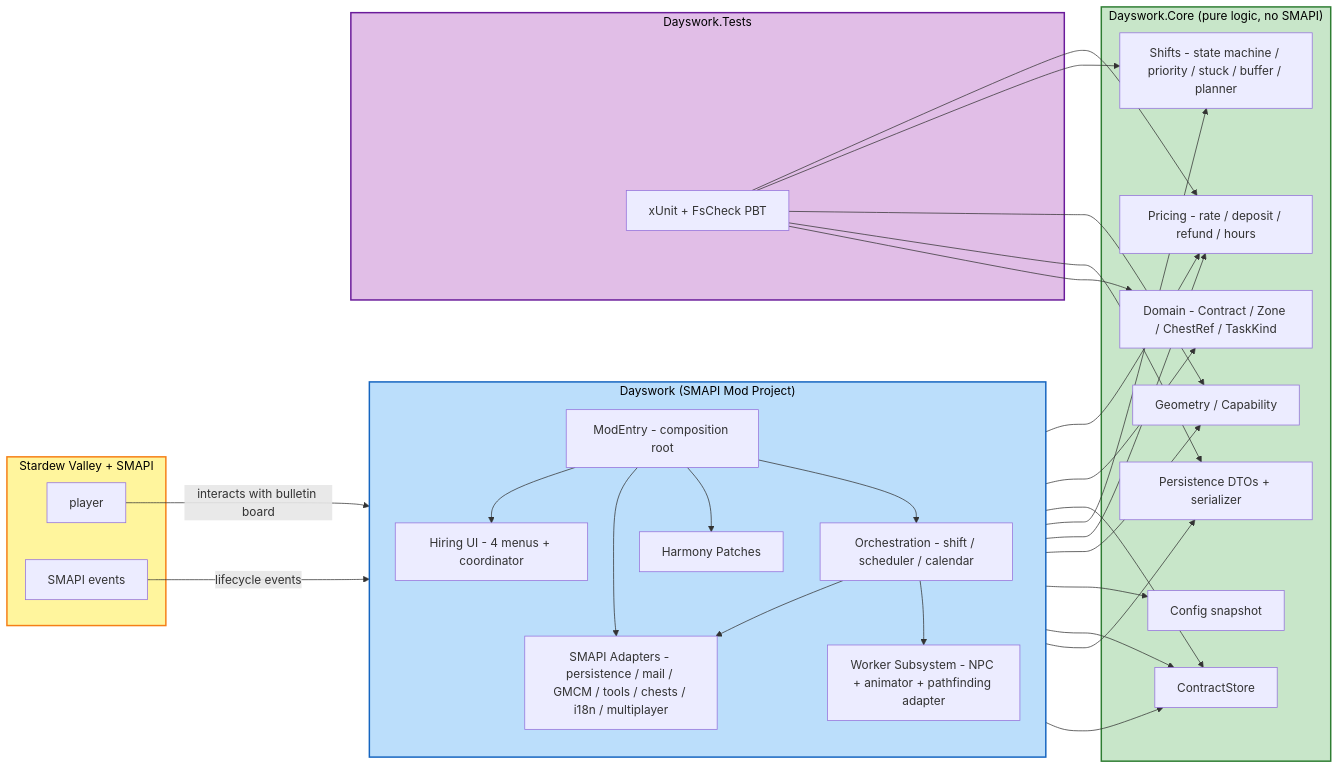
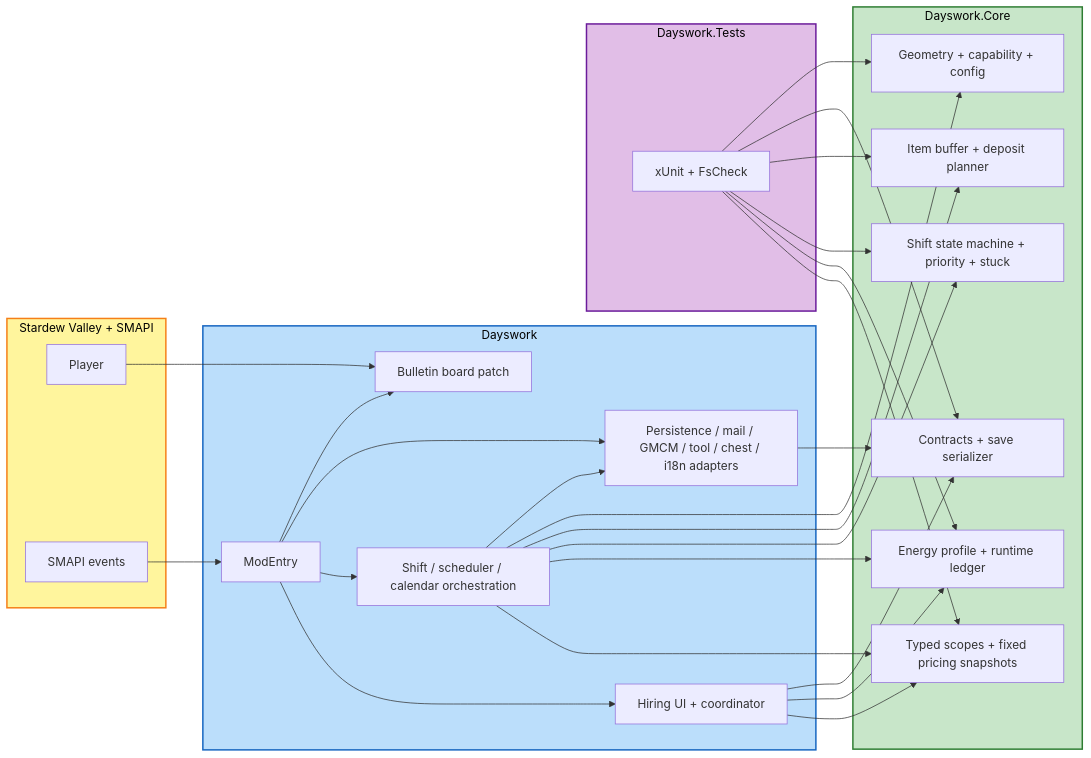
Before and after one commit to woodske/dayswork: the diagram in aidlc-docs/inception/application-design/application-design.md, drawn with Mermaid. The commit also changed other lines of this file and 7 other files, not shown here.

````diff
--- a/aidlc-docs/inception/application-design/application-design.md
+++ b/aidlc-docs/inception/application-design/application-design.md
@@ -24,64 +56,60 @@
 ```mermaid
 flowchart LR
     subgraph game["Stardew Valley + SMAPI"]
-        player[player]
-        smapi[SMAPI events]
+        player["Player"]
+        smapi["SMAPI events"]
     end
 
-    subgraph mod["Dayswork (SMAPI Mod Project)"]
-        direction TB
-        entry[ModEntry - composition root]
-        ui[Hiring UI - 4 menus + coordinator]
-        worker[Worker Subsystem - NPC + animator + pathfinding adapter]
-        orch[Orchestration - shift / scheduler / calendar]
-        adapters[SMAPI Adapters - persistence / mail / GMCM / tools / chests / i18n / multiplayer]
-        patches[Harmony Patches]
+    subgraph mod["Dayswork"]
+        entry["ModEntry"]
+        ui["Hiring UI + coordinator"]
+        runtime["Shift / scheduler / calendar orchestration"]
+        adapters["Persistence / mail / GMCM / tool / chest / i18n adapters"]
+        patch["Bulletin board patch"]
     end
 
-    subgraph core["Dayswork.Core (pure logic, no SMAPI)"]
-        pricing[Pricing - rate / deposit / refund / hours]
-        domain[Domain - Contract / Zone / ChestRef / TaskKind]
-        shifts[Shifts - state machine / priority / stuck / buffer / planner]
-        geom[Geometry / Capability]
-        cfg[Config snapshot]
-        persist[Persistence DTOs + serializer]
-        contracts[ContractStore]
+    subgraph core["Dayswork.Core"]
+        pricing["Typed scopes + fixed pricing snapshots"]
+        energy["Energy profile + runtime ledger"]
+        shift["Shift state machine + priority + stuck"]
+        inventory["Item buffer + deposit planner"]
+        persistence["Contracts + save serializer"]
+        shared["Geometry + capability + config"]
     end
 
     subgraph tests["Dayswork.Tests"]
-        xunit[xUnit + FsCheck PBT]
+        pbt["xUnit + FsCheck"]
     end
 
-    player -->|interacts with bulletin board| patches
-    smapi -->|lifecycle events| entry
+    player --> patch
+    smapi --> entry
     entry --> ui
-    entry --> orch
+    entry --> runtime
     entry --> adapters
-    entry --> patches
+    entry --> patch
 
     ui --> pricing
-    ui --> domain
-    ui --> contracts
+    ui --> energy
+    ui --> persistence
 
-    orch --> shifts
-    orch --> pricing
-    orch --> geom
-    orch --> cfg
-    orch --> contracts
-    orch --> worker
-    orch --> adapters
+    runtime --> pricing
+    runtime --> energy
+    runtime --> shift
+    runtime --> inventory
+    runtime --> shared
+    runtime --> adapters
 
-    adapters --> persist
-    adapters --> contracts
+    adapters --> persistence
 
-    xunit --> pricing
-    xunit --> shifts
-    xunit --> geom
-    xunit --> persist
-    xunit --> domain
+    pbt --> pricing
+    pbt --> energy
+    pbt --> shift
+    pbt --> inventory
+    pbt --> persistence
+    pbt --> shared
 
     style core fill:#C8E6C9,stroke:#2E7D32,stroke-width:2px,color:#000
     style mod fill:#BBDEFB,stroke:#1565C0,stroke-width:2px,color:#000
     style tests fill:#E1BEE7,stroke:#6A1B9A,stroke-width:2px,color:#000
     style game fill:#FFF59D,stroke:#F57F17,stroke-width:2px,color:#000
 ```
````
